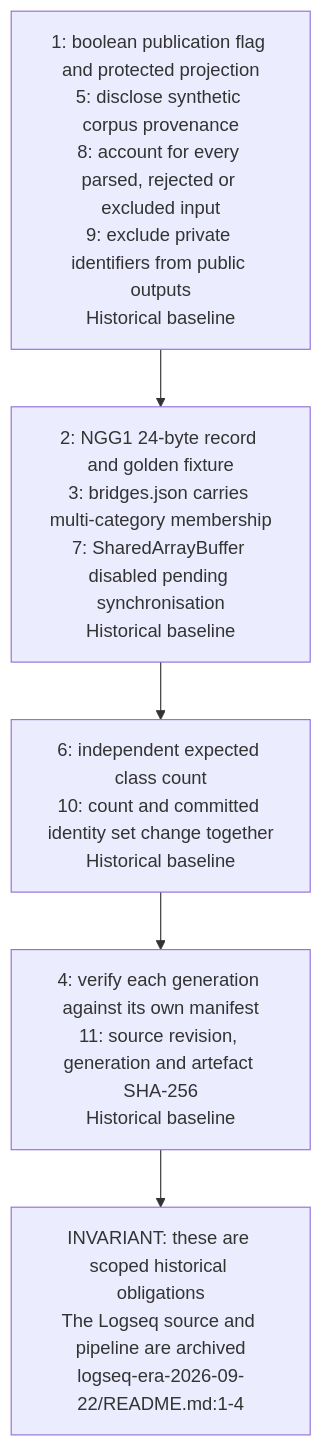
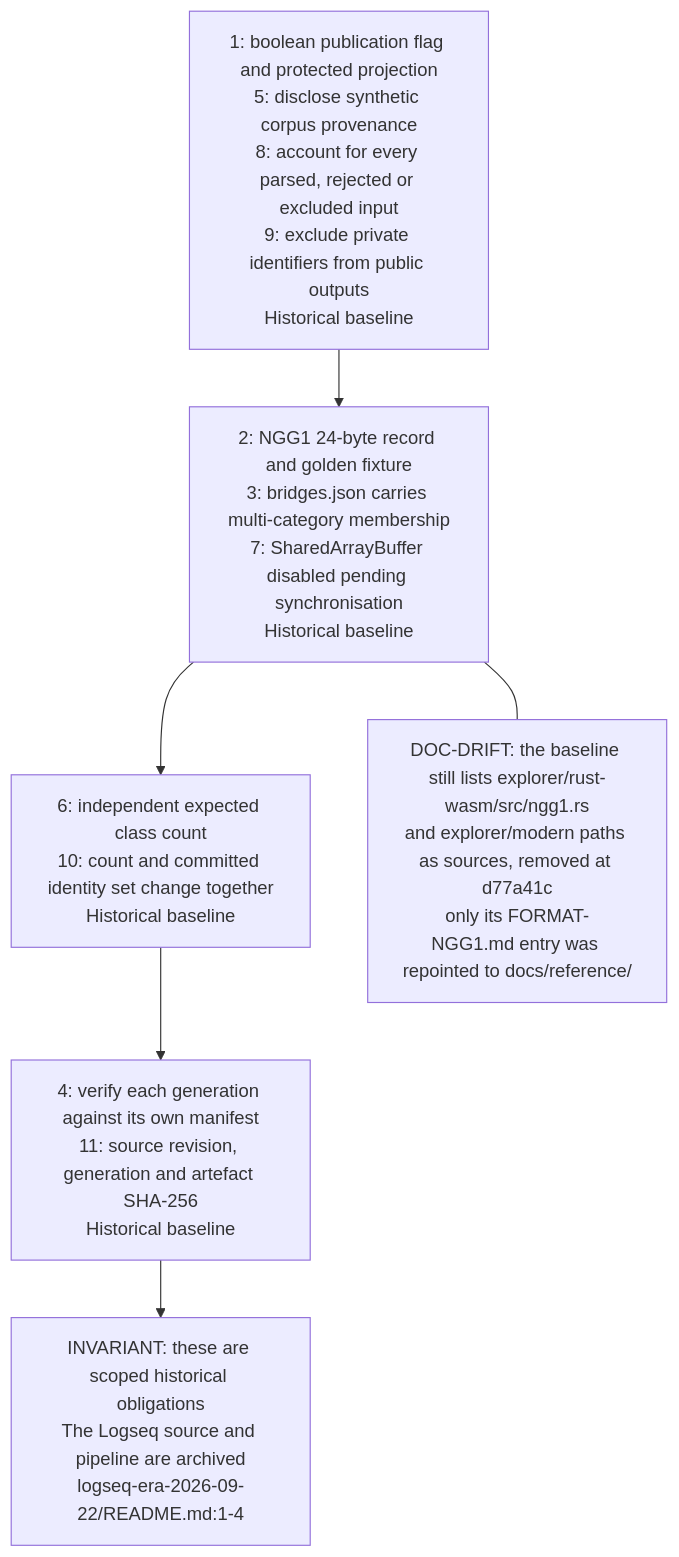
The first of 4 diagrams in docs/diagrams/knowledgegraph/07-invariants-register.md (DreamLab-AI/VisionFlow), drawn with Mermaid before and after one commit. The commit also changed other lines of this file and 11 other files, not shown here.

First line of the commit message:
docs(diagrams): visiongraph and knowledgegraph re-verified (explorer on vowl-wasm 0.4.0, knowledgeGraph explorer retired)

````diff
--- a/docs/diagrams/knowledgegraph/07-invariants-register.md
+++ b/docs/diagrams/knowledgegraph/07-invariants-register.md
@@ -40,13 +39,16 @@
 ```mermaid
 flowchart TB
     PUB["1: boolean publication flag and protected projection<br/>5: disclose synthetic corpus provenance<br/>8: account for every parsed, rejected or excluded input<br/>9: exclude private identifiers from public outputs<br/>Historical baseline"]
     %% PUB source: BASELINE-narrativegoldmine.md:188-190,195-197,202-208
     SHAPE["2: NGG1 24-byte record and golden fixture<br/>3: bridges.json carries multi-category membership<br/>7: SharedArrayBuffer disabled pending synchronisation<br/>Historical baseline"]
     %% SHAPE source: BASELINE-narrativegoldmine.md:191-196,200-201
     IDENT["6: independent expected class count<br/>10: count and committed identity set change together<br/>Historical baseline"]
     %% IDENT source: BASELINE-narrativegoldmine.md:202-203,209-212
     PROV["4: verify each generation against its own manifest<br/>11: source revision, generation and artefact SHA-256<br/>Historical baseline"]
     %% PROV source: BASELINE-narrativegoldmine.md:197-198,213-215
     SCOPE["INVARIANT: these are scoped historical obligations<br/>The Logseq source and pipeline are archived<br/>logseq-era-2026-09-22/README.md:1-4"]
     PUB --> SHAPE --> IDENT --> PROV --> SCOPE
+    %% Source: BASELINE-narrativegoldmine.md:13-16
+    BSRC["DOC-DRIFT: the baseline still lists explorer/rust-wasm/src/ngg1.rs<br/>and explorer/modern paths as sources, removed at d77a41c<br/>only its FORMAT-NGG1.md entry was repointed to docs/reference/"]
+    SHAPE --- BSRC
 ```
````
